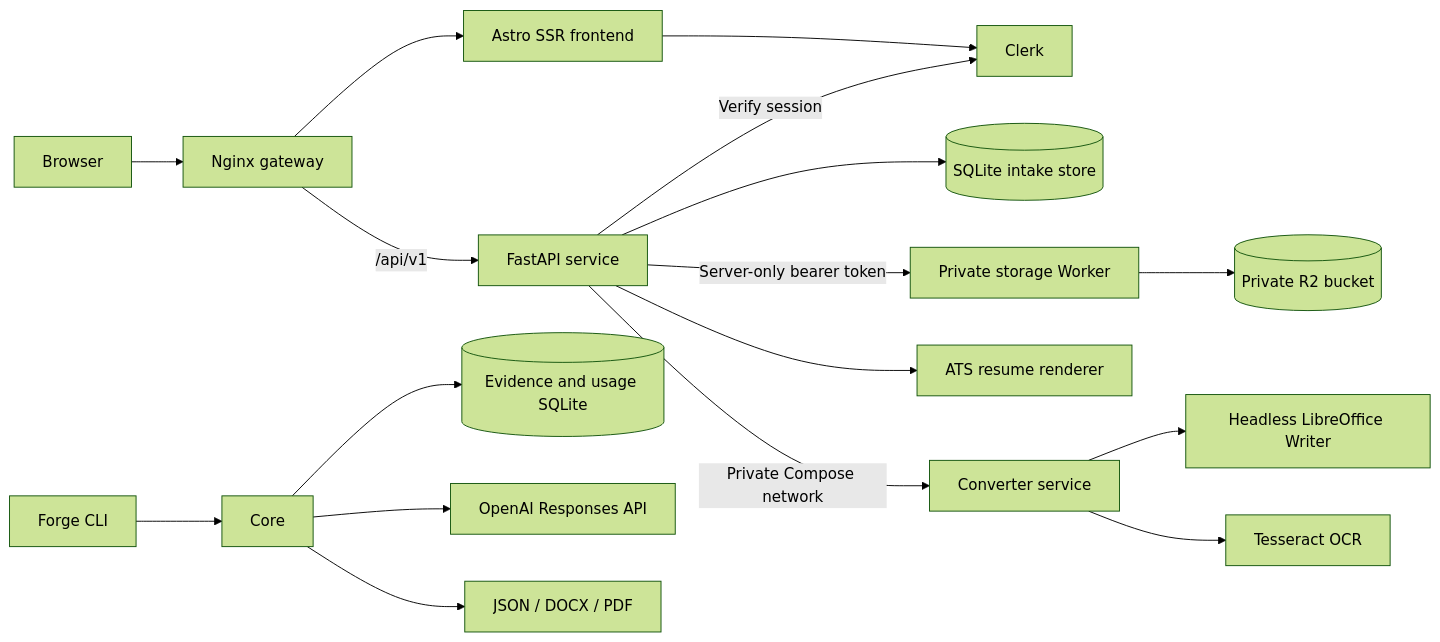
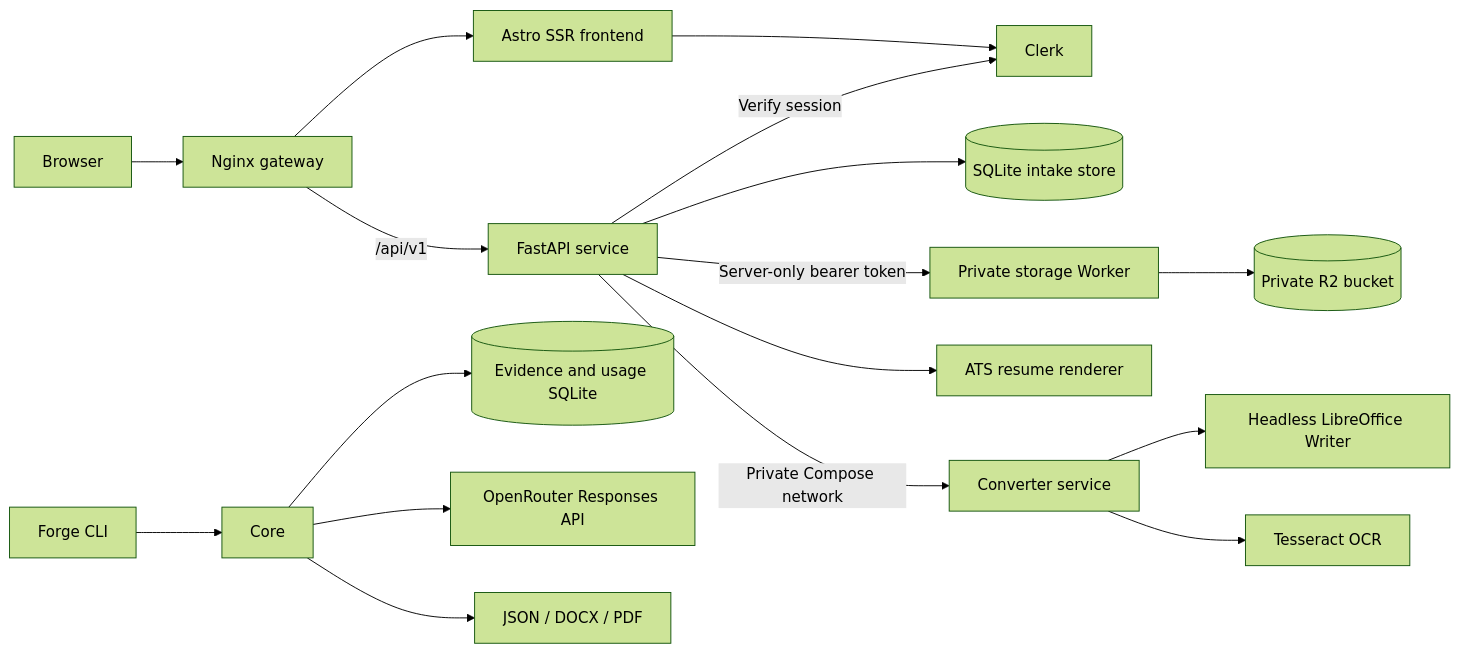
One commit to aminhaiqal/axelyn-forge changed the diagram in docs/architecture.md. Above: the diagram before and after it, drawn with Mermaid (forest theme). The commit also changed 23 other files, not shown here.

Commit message:
feat: route AI workflows through OpenRouter

````diff
--- a/docs/architecture.md
+++ b/docs/architecture.md
@@ -5,20 +5,20 @@
 ```mermaid
 flowchart LR
     Browser[Browser] --> Proxy[Nginx gateway]
     Proxy --> Frontend[Astro SSR frontend]
     Proxy -->|/api/v1| API[FastAPI service]
     Frontend --> Clerk[Clerk]
     API -->|Verify session| Clerk
     API --> Intake[(SQLite intake store)]
     API -->|Server-only bearer token| StorageWorker[Private storage Worker]
     StorageWorker --> R2[(Private R2 bucket)]
     API --> ResumeRenderer[ATS resume renderer]
     API -->|Private Compose network| Converter[Converter service]
     Converter --> LibreOffice[Headless LibreOffice Writer]
     Converter --> Tesseract[Tesseract OCR]
 
     CLI[Forge CLI] --> Core
     Core --> Evidence[(Evidence and usage SQLite)]
-    Core --> Provider[OpenAI Responses API]
+    Core --> Provider[OpenRouter Responses API]
     Core --> Artifacts[JSON / DOCX / PDF]
 ```
````
